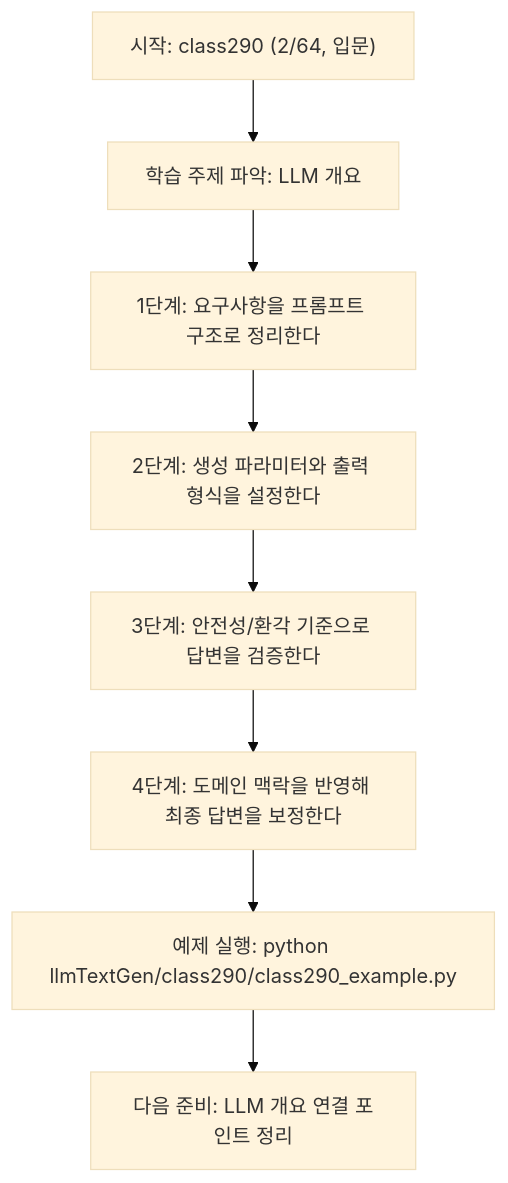
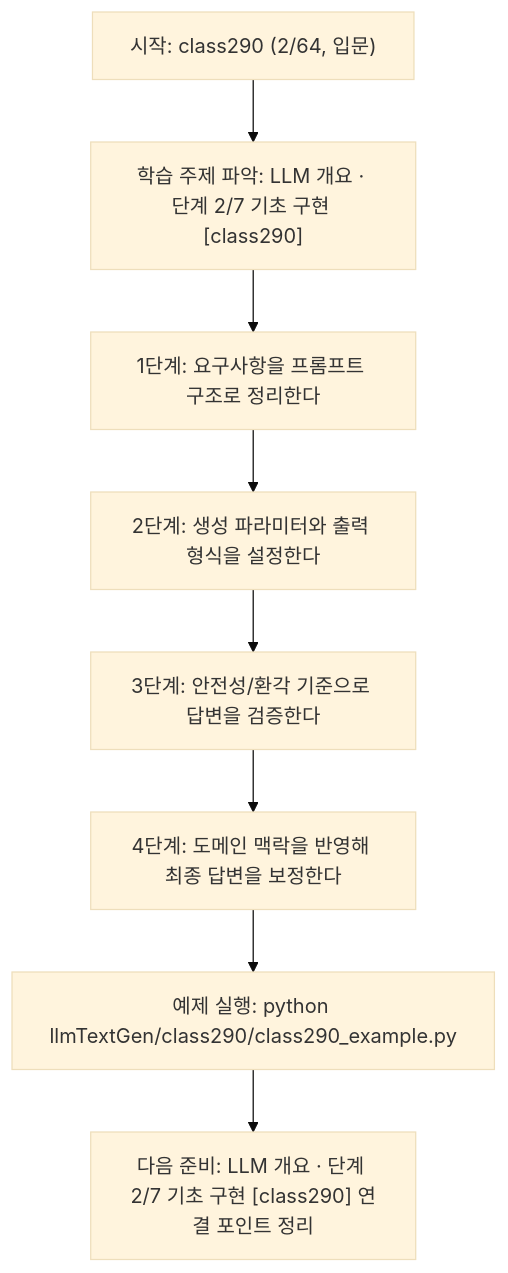
The diagram in llmTextGen/class290/class290.md (edumgt/Python-AI_Agent-Class), drawn with Mermaid (base theme) before and after one commit. The commit also changed other lines of this file and 522 other files, not shown here.

````diff
--- a/llmTextGen/class290/class290.md
+++ b/llmTextGen/class290/class290.md
@@ -112,18 +113,18 @@
 ```mermaid
 flowchart TD
 N1["시작: class290 (2/64, 입문)"]
-N2["학습 주제 파악: LLM 개요"]
+N2["학습 주제 파악: LLM 개요 · 단계 2/7 기초 구현 [class290]"]
 N3["1단계: 요구사항을 프롬프트 구조로 정리한다"]
 N4["2단계: 생성 파라미터와 출력 형식을 설정한다"]
 N5["3단계: 안전성/환각 기준으로 답변을 검증한다"]
 N6["4단계: 도메인 맥락을 반영해 최종 답변을 보정한다"]
 N7["예제 실행: python llmTextGen/class290/class290_example.py"]
-N8["다음 준비: LLM 개요 연결 포인트 정리"]
+N8["다음 준비: LLM 개요 · 단계 2/7 기초 구현 [class290] 연결 포인트 정리"]
 N1 --> N2
 N2 --> N3
 N3 --> N4
 N4 --> N5
 N5 --> N6
 N6 --> N7
 N7 --> N8
 ```
````
